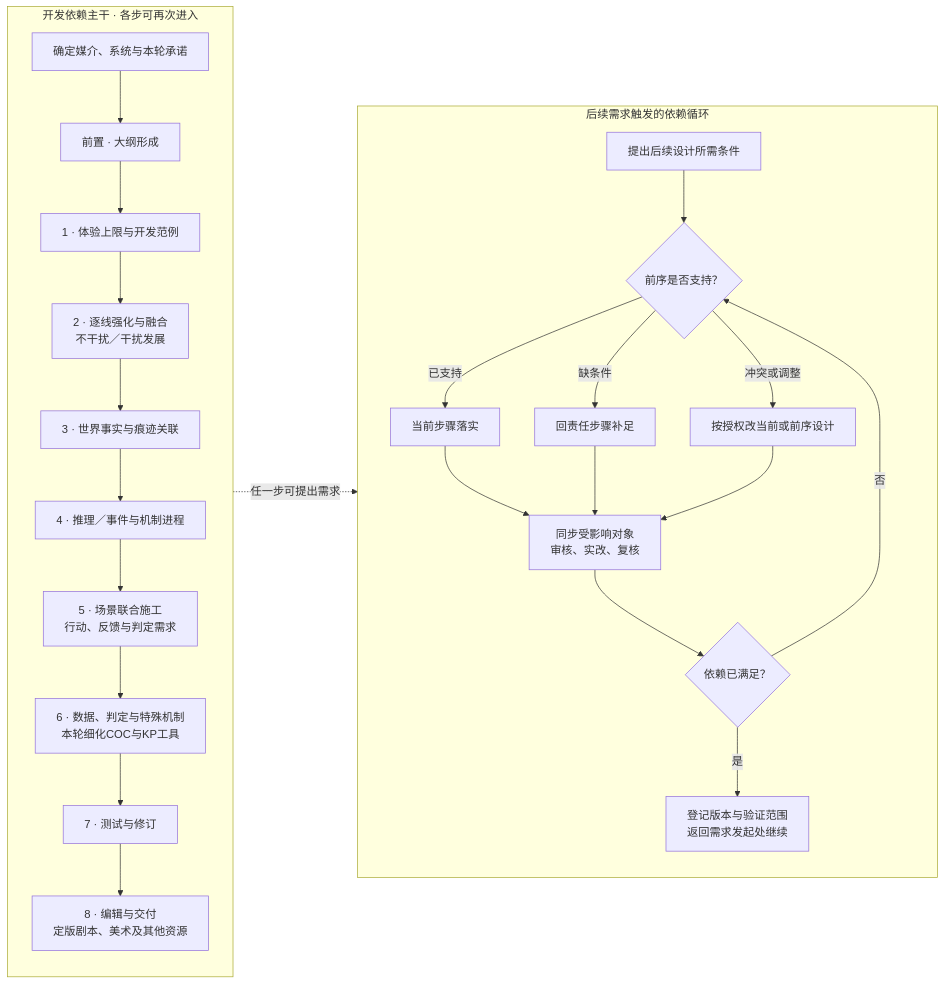
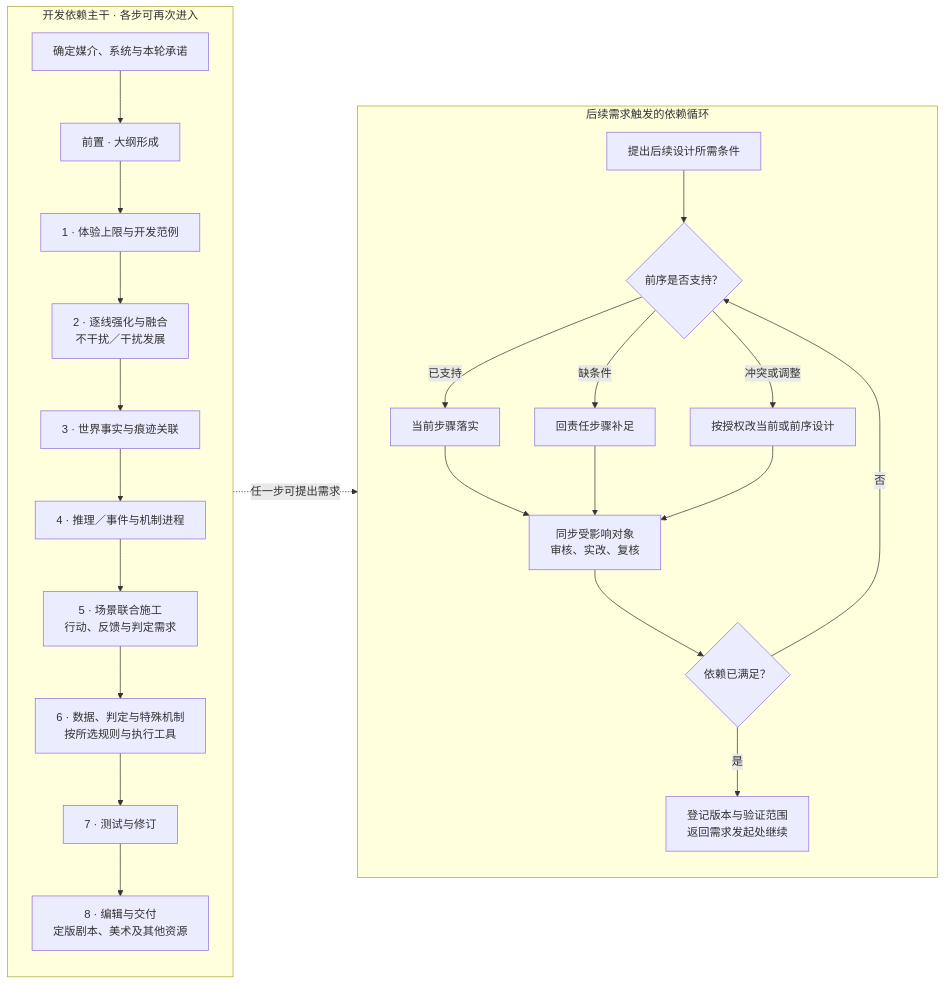
The diagram in coc-script-writing/references/workflow.md (28714026262/CocSWSkill), drawn with Mermaid before and after one commit. The commit also changed other lines of this file and 22 other files, not shown here.

````diff
--- a/coc-script-writing/references/workflow.md
+++ b/coc-script-writing/references/workflow.md
@@ -24,29 +26,29 @@
 ```mermaid
 flowchart LR
     subgraph MAIN["开发依赖主干 · 各步可再次进入"]
         direction TB
         T["确定媒介、系统与本轮承诺"] --> P0["前置 · 大纲形成"]
         P0 --> P1["1 · 体验上限与开发范例"]
         P1 --> P2["2 · 逐线强化与融合<br/>不干扰／干扰发展"]
         P2 --> P3["3 · 世界事实与痕迹关联"]
         P3 --> P4["4 · 推理／事件与机制进程"]
         P4 --> P5["5 · 场景联合施工<br/>行动、反馈与判定需求"]
-        P5 --> P6["6 · 数据、判定与特殊机制<br/>本轮细化COC与KP工具"]
+        P5 --> P6["6 · 数据、判定与特殊机制<br/>按所选规则与执行工具"]
         P6 --> P7["7 · 测试与修订"]
         P7 --> P8["8 · 编辑与交付<br/>定版剧本、美术及其他资源"]
     end
     subgraph LOOP["后续需求触发的依赖循环"]
         direction TB
         N["提出后续设计所需条件"] --> C{"前序是否支持？"}
         C -->|已支持| I["当前步骤落实"]
         C -->|缺条件| B["回责任步骤补足"]
         C -->|冲突或调整| A["按授权改当前或前序设计"]
         I --> S["同步受影响对象<br/>审核、实改、复核"]
         B --> S
         A --> S
         S --> D{"依赖已满足？"}
         D -->|否| C
         D -->|是| V["登记版本与验证范围<br/>返回需求发起处继续"]
     end
     MAIN -. "任一步可提出需求" .-> LOOP
 ```
````
